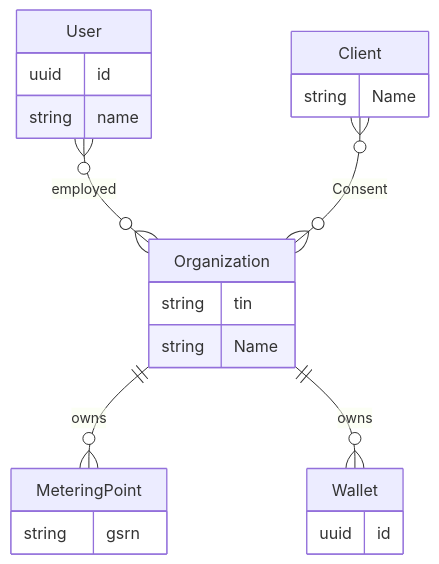
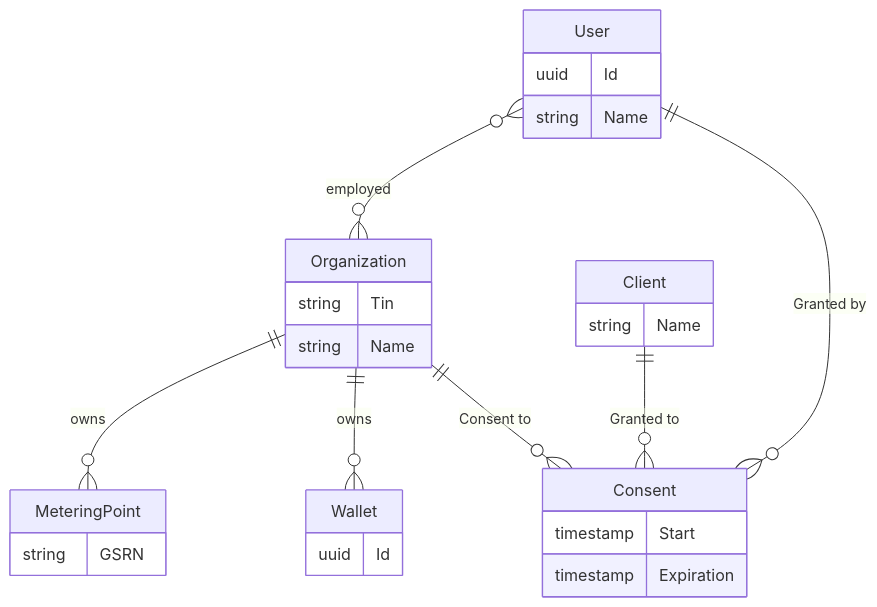
The first of 5 diagrams in domains/authorization/documentation/readme.md (Energinet-DataHub/energy-origin), drawn with Mermaid before and after one commit. The commit also changed other lines of this file, not shown here.

````diff
--- a/domains/authorization/documentation/readme.md
+++ b/domains/authorization/documentation/readme.md
@@ -15,24 +17,30 @@
 ``` Mermaid 
 erDiagram
   User }o--o{ Organization : employed
   User {
-    uuid id
-    string name
+    uuid Id
+    string Name
   }
   Organization ||--o{ MeteringPoint : owns
   Organization ||--o{ Wallet : owns
   Organization {
-    string tin
+    string Tin
     string Name
   }
+  Consent {
+    timestamp Start
+    timestamp Expiration
+  }
   MeteringPoint {
-    string gsrn
+    string GSRN
   }
   Wallet {
-    uuid id
+    uuid Id
   }
-  Client }o--o{ Organization : Consent
+  User ||--o{ Consent : "Granted by"
+  Client ||--o{ Consent : "Granted to"
+  Organization ||--o{ Consent : "Consent to"
   Client {
     string Name
   }
 ```
````
